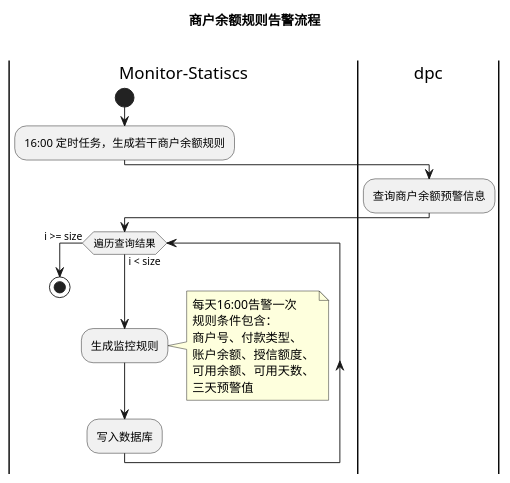
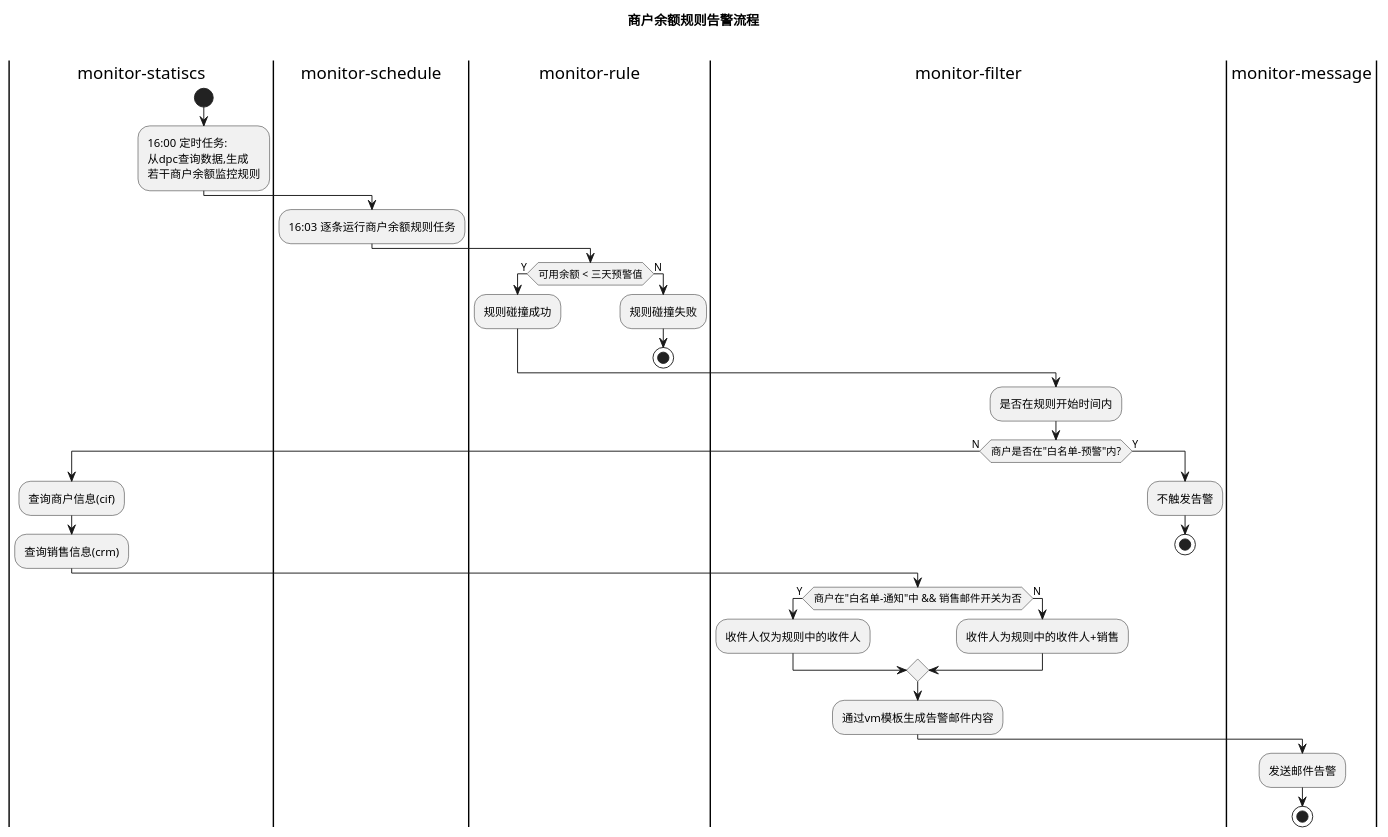
Before and after one commit to shineguo1/springDemo: the diagram in src/main/resources/uml/monitor/swim/商户余额告警流程.puml, drawn with PlantUML. The commit also changed 13 other files, not shown here.

Commit message:
uml图

```diff
--- a/src/main/resources/uml/monitor/swim/商户余额告警流程.puml
+++ b/src/main/resources/uml/monitor/swim/商户余额告警流程.puml
@@ -2,24 +2,43 @@
 @startuml
 title 商户余额规则告警流程\n
-|#white|Monitor-Statiscs|
+
+|#white|monitor-statiscs|
 start
 'note right: 定时生成商\n户余额规则
-:16:00 定时任务，生成若干商户余额规则;
-|dpc|
-:查询商户余额预警信息;
-|Monitor-Statiscs|
-while (遍历查询结果) is (i < size)
-    :生成监控规则;
-    note right
-        每天16:00告警一次
-        规则条件包含：
-        商户号、付款类型、
-        账户余额、授信额度、
-        可用余额、可用天数、
-        三天预警值
-    end note
-:写入数据库;
-endwhile (i >= size)
-stop
+:16:00 定时任务:
+从dpc查询数据,生成
+若干商户余额监控规则;
+|monitor-schedule|
 
+:16:03 逐条运行商户余额规则任务;
+
+|monitor-rule|
+if(可用余额 < 三天预警值) then (Y)
+    :规则碰撞成功;
+else (N)
+    :规则碰撞失败;
+stop;
+endif
+
+|monitor-filter|
+:是否在规则开始时间内;
+if(商户是否在"白名单-预警"内?) then (N)
+    |monitor-statiscs|
+    :查询商户信息(cif);
+    :查询销售信息(crm);
+    |monitor-filter|
+    if(商户在"白名单-通知"中 && 销售邮件开关为否) then (Y)
+        :收件人仅为规则中的收件人;
+    else (N)
+        :收件人为规则中的收件人+销售;
+    endif;
+    :通过vm模板生成告警邮件内容;
+else (Y)
+:不触发告警;
+stop;
+endif;
+
+|monitor-message|
+:发送邮件告警;
+stop;
 @enduml
```
